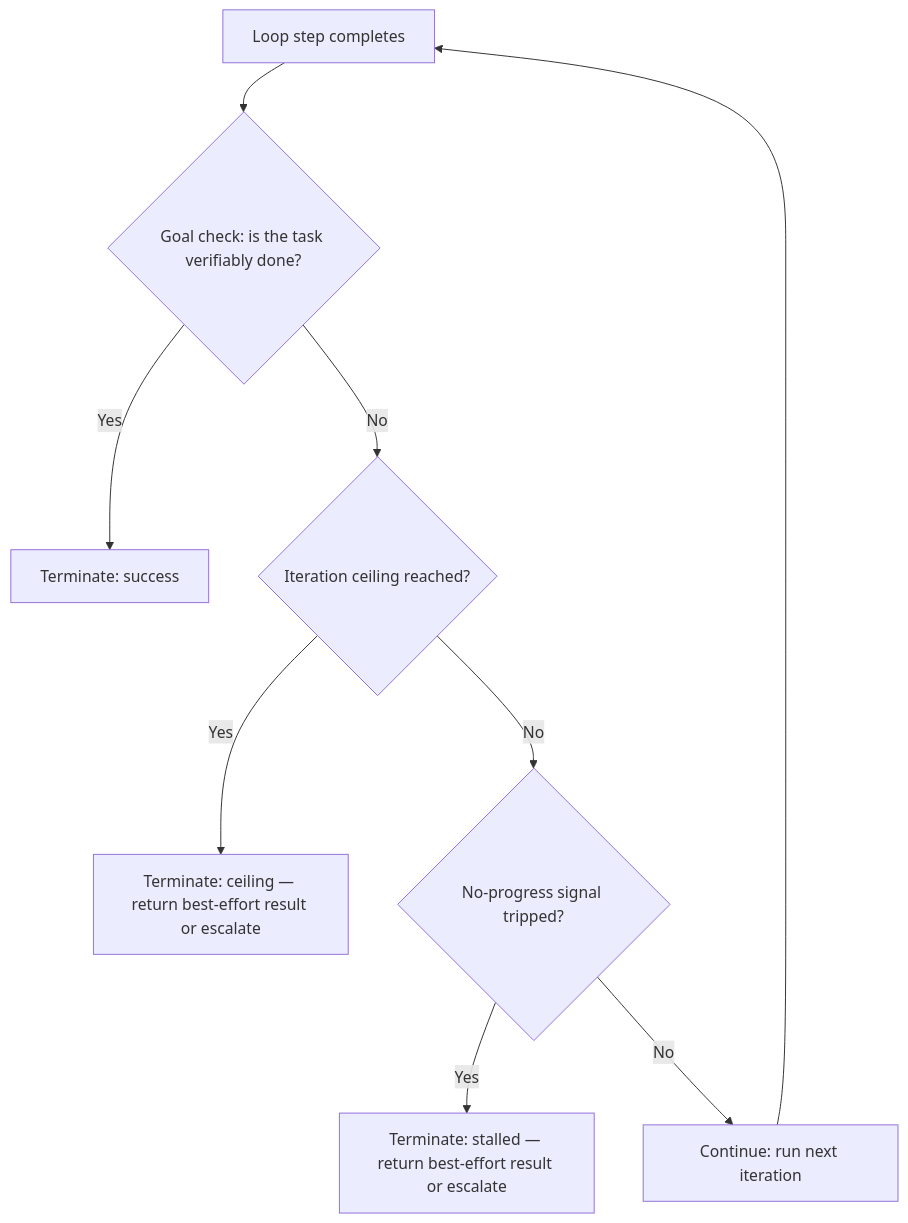
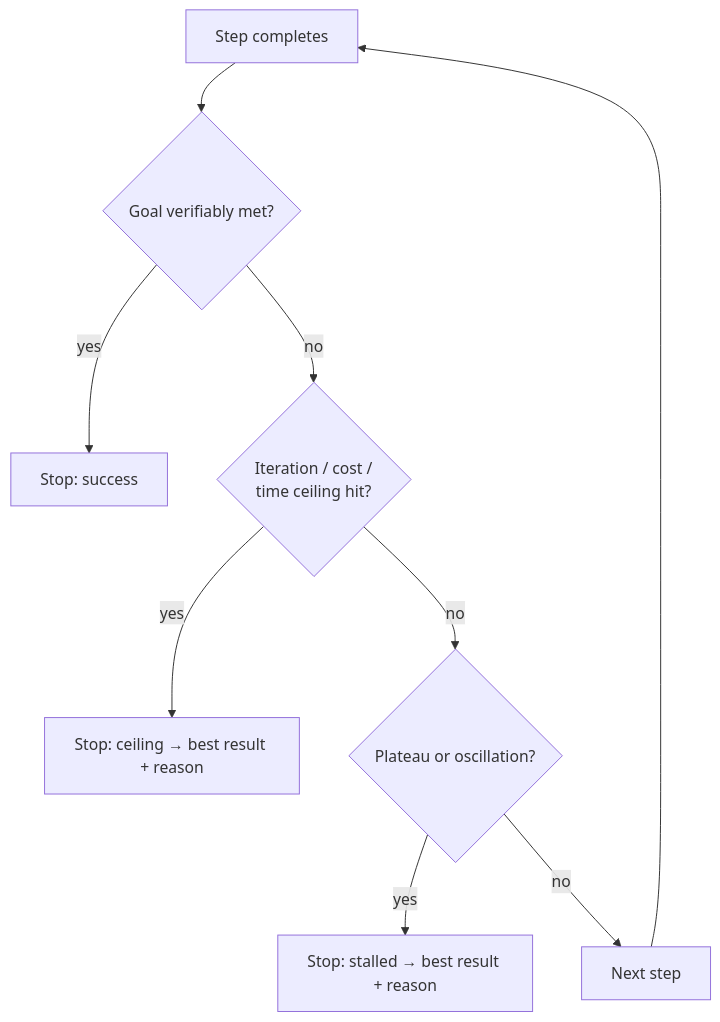
One commit to PrajwalAmte/AI-Engineering-Patterns changed the diagram in content/patterns/loop-engineering/loop-termination.md. Above: the diagram before and after it, drawn with Mermaid. The commit also changed other lines of this file and 190 other files, not shown here.

```diff
--- a/content/patterns/loop-engineering/loop-termination.md
+++ b/content/patterns/loop-engineering/loop-termination.md
@@ -33,11 +40,11 @@
 <pre class="mermaid">
 flowchart TD
-    A["Loop step completes"] --> B{"Goal check: is the task verifiably done?"}
-    B -->|"Yes"| C["Terminate: success"]
-    B -->|"No"| D{"Iteration ceiling reached?"}
-    D -->|"Yes"| E["Terminate: ceiling — return best-effort result or escalate"]
-    D -->|"No"| F{"No-progress signal tripped?"}
-    F -->|"Yes"| G["Terminate: stalled — return best-effort result or escalate"]
-    F -->|"No"| H["Continue: run next iteration"]
-    H --> A
+    S["Step completes"] --> G{"Goal verifiably met?"}
+    G -->|"yes"| OK["Stop: success"]
+    G -->|"no"| C{"Iteration / cost /<br/>time ceiling hit?"}
+    C -->|"yes"| CE["Stop: ceiling → best result + reason"]
+    C -->|"no"| P{"Plateau or oscillation?"}
+    P -->|"yes"| ST["Stop: stalled → best result + reason"]
+    P -->|"no"| N["Next step"]
+    N --> S
 </pre>
```
